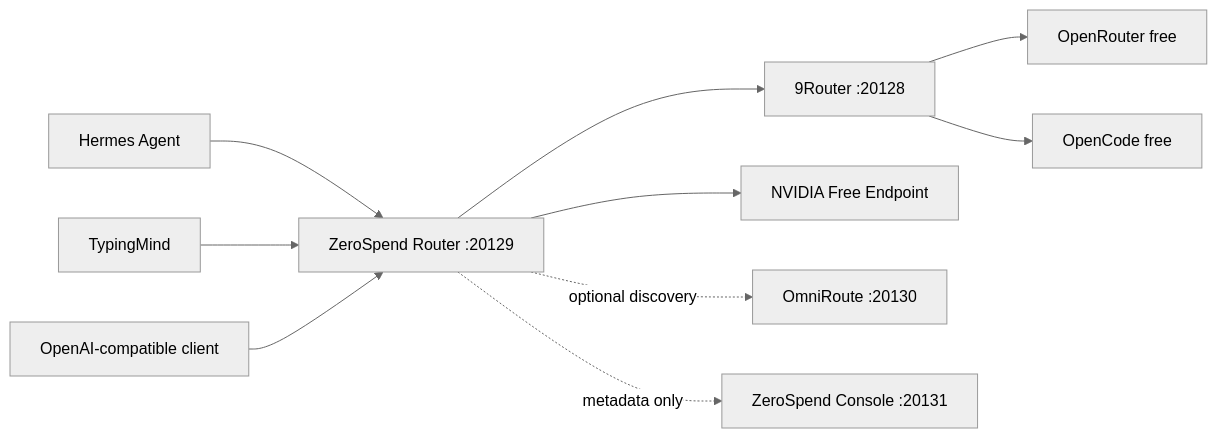
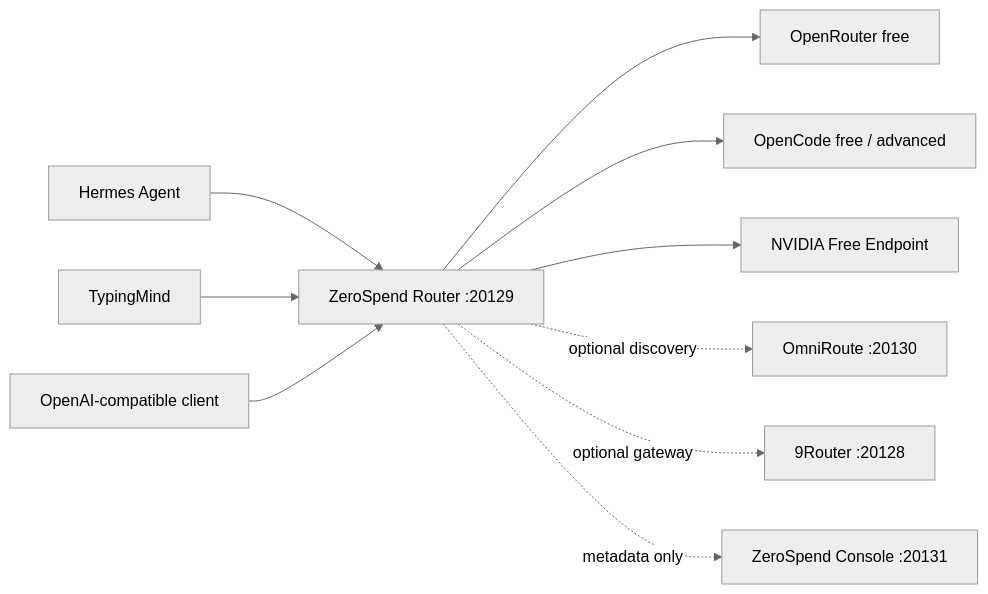
One commit to sjfakharian/zerospend changed the diagram in README.md. Above: the diagram before and after it, drawn with Mermaid (neutral theme). The commit also changed other lines of this file and 61 other files, not shown here.

````diff
--- a/README.md
+++ b/README.md
@@ -22,12 +22,12 @@
 ```mermaid
 flowchart LR
   H[Hermes Agent] --> R[ZeroSpend Router :20129]
   T[TypingMind] --> R
   O[OpenAI-compatible client] --> R
-  R --> N[9Router :20128]
-  N --> OR[OpenRouter free]
-  N --> OC[OpenCode free]
+  R --> OR[OpenRouter free]
+  R --> OC[OpenCode free / advanced]
   R --> NV[NVIDIA Free Endpoint]
   R -. optional discovery .-> OM[OmniRoute :20130]
+  R -. optional gateway .-> N[9Router :20128]
   R -. metadata only .-> C[ZeroSpend Console :20131]
 ```
````
